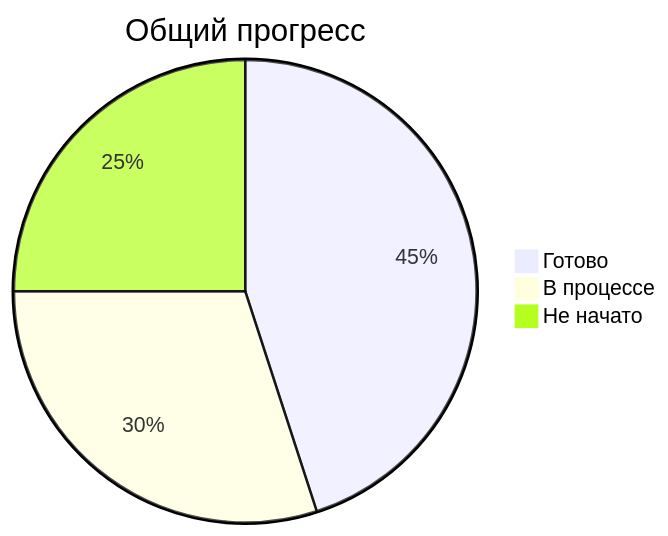
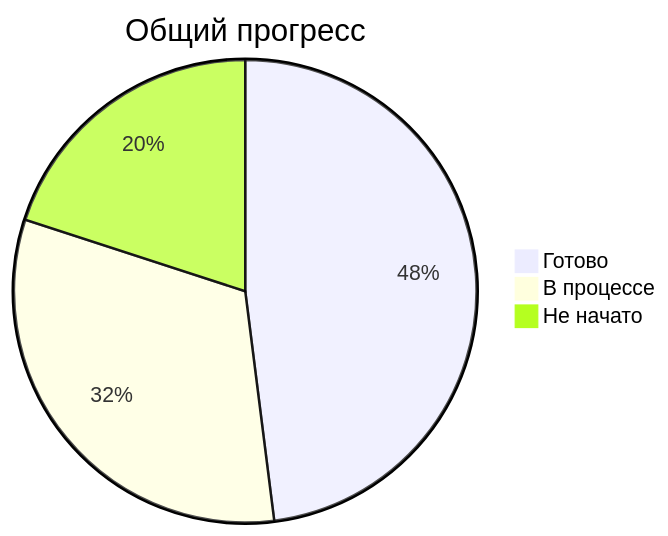
The diagram in CHECKLIST.md (Djju69/KARMABOT1), drawn with Mermaid before and after one commit. The commit also changed other lines of this file, not shown here.

````diff
--- a/CHECKLIST.md
+++ b/CHECKLIST.md
@@ -72,7 +77,7 @@
 ```mermaid
 pie
     title Общий прогресс
-    "Готово" : 45
-    "В процессе" : 30
-    "Не начато" : 25
+    "Готово" : 48
+    "В процессе" : 32
+    "Не начато" : 20
 ```
````
